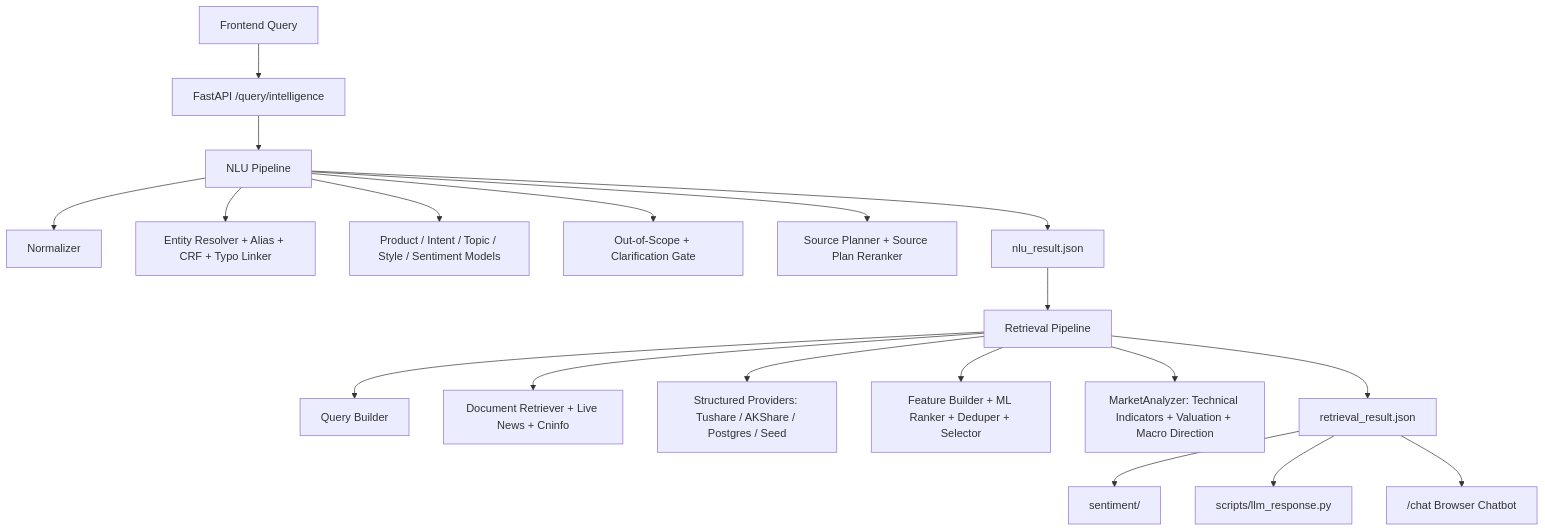
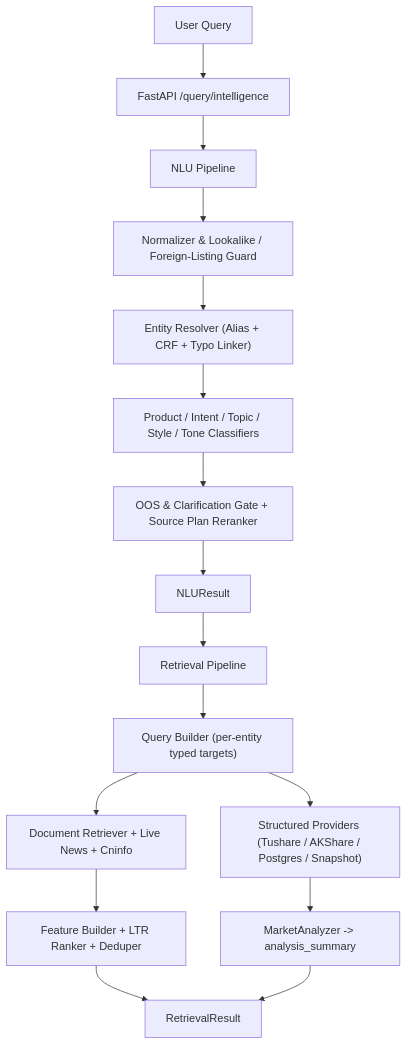
The diagram in docs/query-intelligence.md (beautifulrem/FinSight), drawn with Mermaid before and after one commit. The commit also changed other lines of this file and 54 other files, not shown here.

````diff
--- a/docs/query-intelligence.md
+++ b/docs/query-intelligence.md
@@ -33,21 +21,18 @@
 ```mermaid
 flowchart TD
-  A["Frontend Query"] --> B["FastAPI /query/intelligence"]
-  B --> C["NLU Pipeline"]
-  C --> C1["Normalizer"]
-  C --> C2["Entity Resolver + Alias + CRF + Typo Linker"]
-  C --> C3["Product / Intent / Topic / Style / Sentiment Models"]
-  C --> C4["Out-of-Scope + Clarification Gate"]
-  C --> C5["Source Planner + Source Plan Reranker"]
-  C --> D["nlu_result.json"]
-  D --> E["Retrieval Pipeline"]
-  E --> E1["Query Builder"]
-  E --> E2["Document Retriever + Live News + Cninfo"]
-  E --> E3["Structured Providers: Tushare / AKShare / Postgres / Seed"]
-  E --> E4["Feature Builder + ML Ranker + Deduper + Selector"]
-  E --> E5["MarketAnalyzer: Technical Indicators + Valuation + Macro Direction"]
-  E --> F["retrieval_result.json"]
-  F --> G["sentiment/"]
-  F --> H["scripts/llm_response.py"]
-  F --> I["/chat Browser Chatbot"]
+  Q["User Query"] --> API["FastAPI /query/intelligence"]
+  API --> NLU["NLU Pipeline"]
+  NLU --> N1["Normalizer & Lookalike / Foreign-Listing Guard"]
+  N1 --> N2["Entity Resolver (Alias + CRF + Typo Linker)"]
+  N2 --> N3["Product / Intent / Topic / Style / Tone Classifiers"]
+  N3 --> N4["OOS & Clarification Gate + Source Plan Reranker"]
+  N4 --> NR["NLUResult"]
+  NR --> RET["Retrieval Pipeline"]
+  RET --> R1["Query Builder (per-entity typed targets)"]
+  R1 --> R2["Document Retriever + Live News + Cninfo"]
+  R1 --> R3["Structured Providers (Tushare / AKShare / Postgres / Snapshot)"]
+  R2 --> R4["Feature Builder + LTR Ranker + Deduper"]
+  R3 --> R5["MarketAnalyzer -> analysis_summary"]
+  R4 --> RR["RetrievalResult"]
+  R5 --> RR
 ```
````
